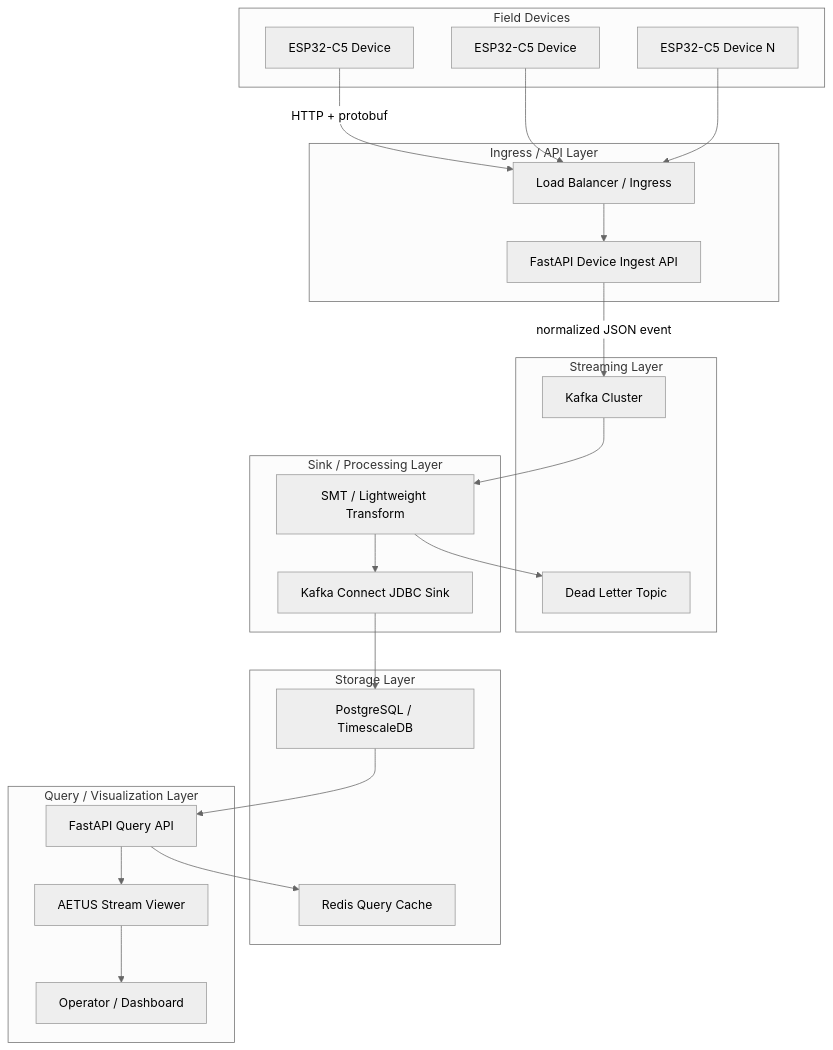
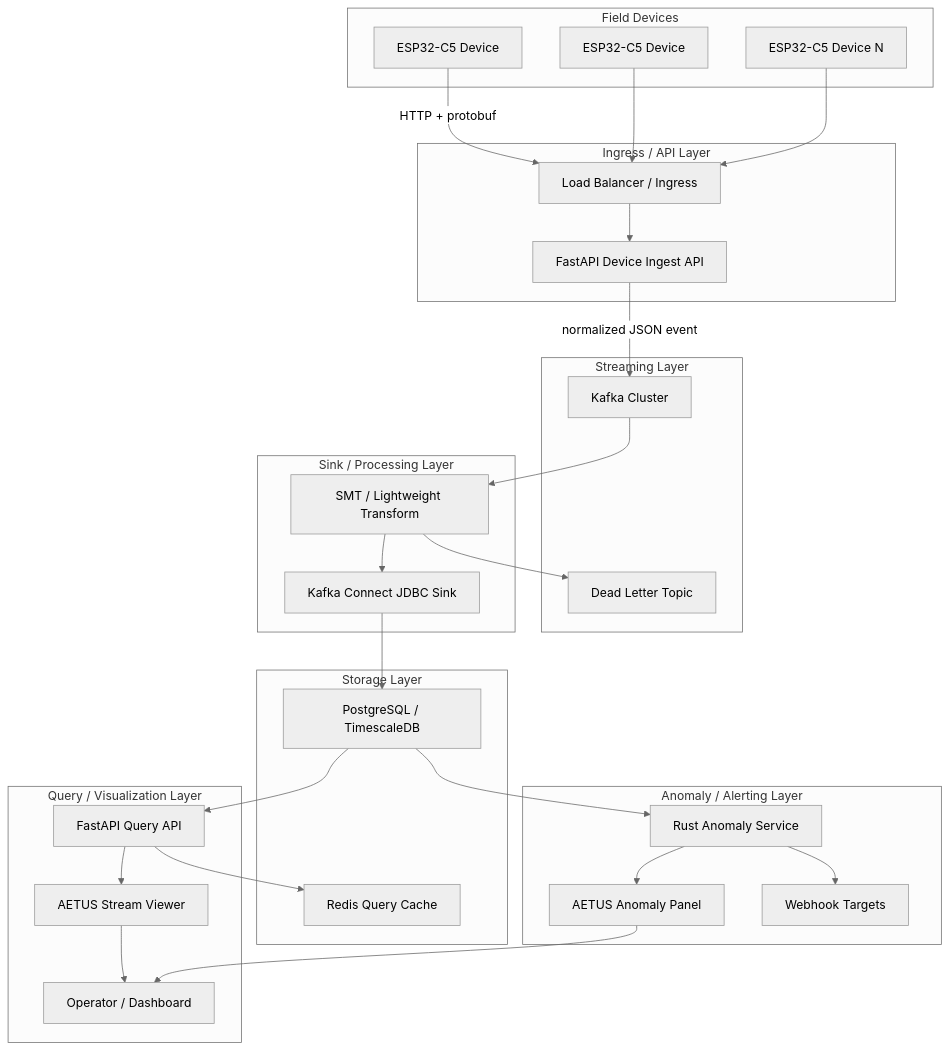
One commit to donghoonpark/aetus changed the first of 5 diagrams in docs/01-overview.md. Above: the diagram before and after it, drawn with Mermaid (neutral theme). The commit also changed other lines of this file and 36 other files, not shown here.

````diff
--- a/docs/01-overview.md
+++ b/docs/01-overview.md
@@ -37,48 +40,58 @@
 ```mermaid
 flowchart TB
     subgraph Devices["Field Devices"]
         D1["ESP32-C5 Device"]
         D2["ESP32-C5 Device"]
         DN["ESP32-C5 Device N"]
     end
 
     subgraph Edge["Ingress / API Layer"]
         LB["Load Balancer / Ingress"]
         API["FastAPI Device Ingest API"]
     end
 
     subgraph Stream["Streaming Layer"]
         KAFKA["Kafka Cluster"]
         DLQ["Dead Letter Topic"]
     end
 
     subgraph Processing["Sink / Processing Layer"]
         CONNECT["Kafka Connect JDBC Sink"]
         SMT["SMT / Lightweight Transform"]
     end
 
     subgraph Data["Storage Layer"]
         PG["PostgreSQL / TimescaleDB"]
         REDIS["Redis Query Cache"]
     end
 
     subgraph QueryLayer["Query / Visualization Layer"]
         QUERY["FastAPI Query API"]
         FE["AETUS Stream Viewer"]
         OP["Operator / Dashboard"]
     end
 
+    subgraph AnomalyLayer["Anomaly / Alerting Layer"]
+        ANOM["Rust Anomaly Service"]
+        APANEL["AETUS Anomaly Panel"]
+        WH["Webhook Targets"]
+    end
+
     D1 -->|"HTTP + protobuf"| LB
     D2 --> LB
     DN --> LB
     LB --> API
     API -->|"normalized JSON event"| KAFKA
     KAFKA --> SMT
     SMT --> CONNECT
     CONNECT --> PG
     SMT --> DLQ
     PG --> QUERY
+    PG --> ANOM
     QUERY --> REDIS
     QUERY --> FE
     FE --> OP
+    ANOM --> APANEL
+    APANEL --> OP
+    ANOM --> WH
 ```
````
